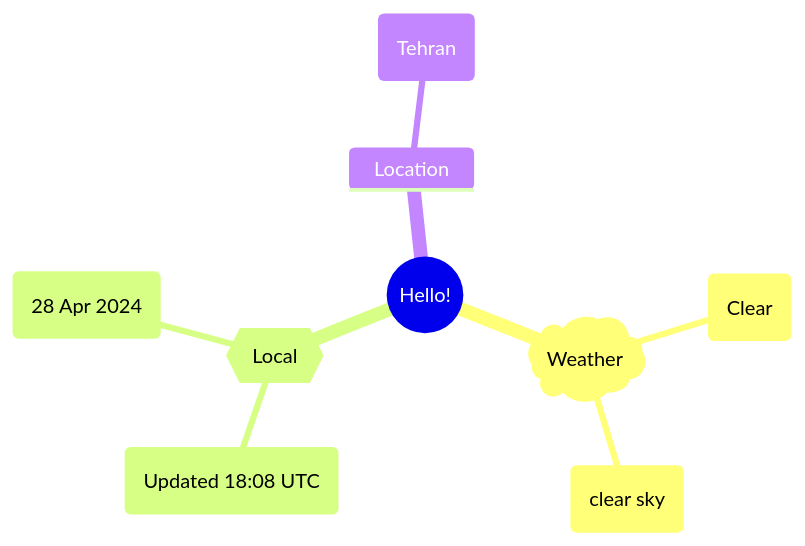
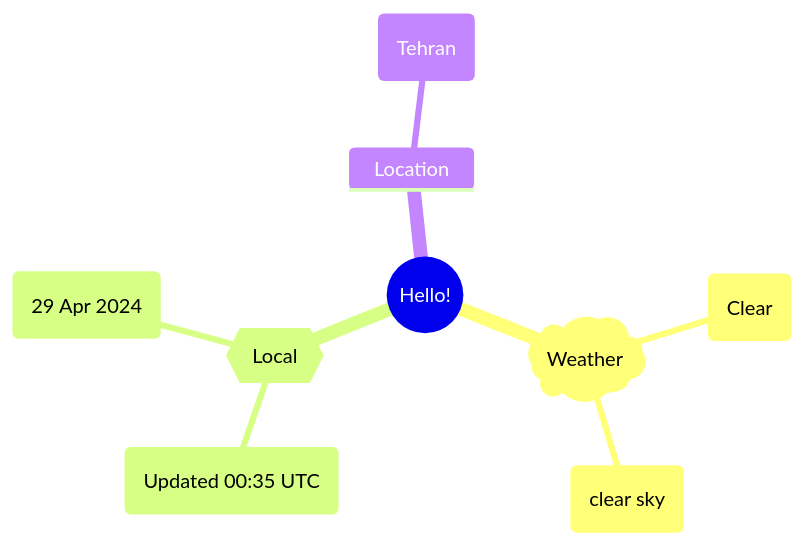
One commit to Xosrov/Xosrov changed the first of 2 diagrams in README.md. Above: the diagram before and after it, drawn with Mermaid.

Commit message:
[bot] updated images

````diff
--- a/README.md
+++ b/README.md
@@ -3,12 +3,12 @@
 ```mermaid
 mindmap
   root((Hello!))
     )Weather(
         (Clear)
         (clear sky)
     {{Local}}
-        (Updated 18:08 UTC)
-        (28 Apr 2024)
+        (Updated 00:35 UTC)
+        (29 Apr 2024)
     Location
         (Tehran)
 ```
````
